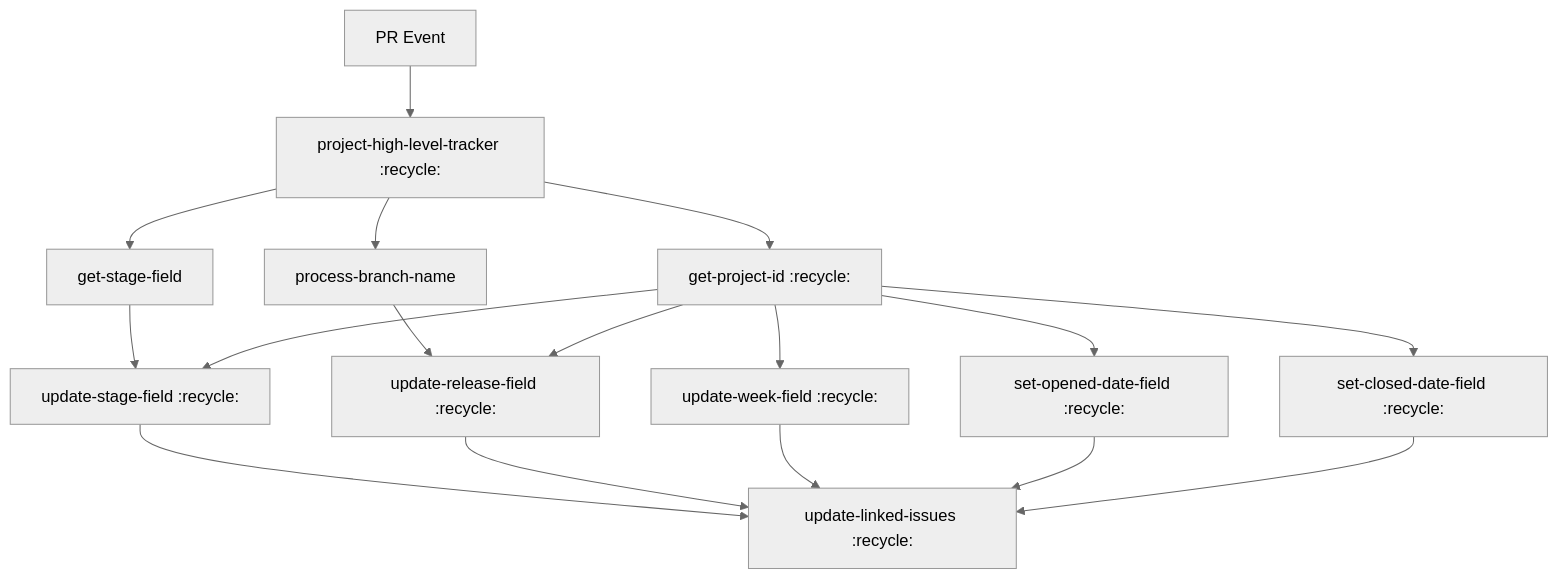
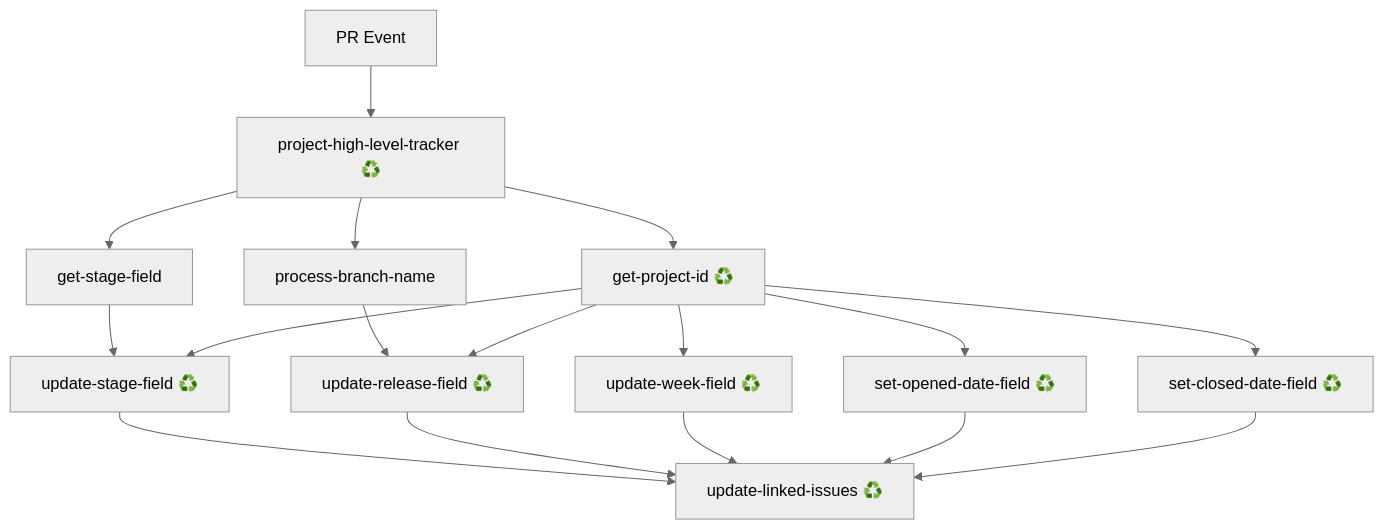
One commit to rapidsai/shared-workflows changed the diagram in docs/project-automation-readme.md. Above: the diagram before and after it, drawn with Mermaid (neutral theme). The commit also changed other lines of this file, not shown here.

Commit message:
Update project automation documentation with improved diagram

````diff
--- a/docs/project-automation-readme.md
+++ b/docs/project-automation-readme.md
@@ -24,19 +24,19 @@
 ```mermaid
-graph TD
-    A[PR Event] --> B[project-high-level-tracker :recycle:]
+flowchart TD
+    A[PR Event] --> B[project-high-level-tracker ♻️]
     B --> C[process-branch-name]
     B --> D[get-stage-field]
-    B --> E[get-project-id :recycle:]
-    D --> F[update-stage-field :recycle:]
-    C --> G[update-release-field :recycle:]
+    B --> E[get-project-id ♻️]
+    D --> F[update-stage-field ♻️]
+    C --> G[update-release-field ♻️]
     E --> G
     E --> F
-    E --> H[update-week-field :recycle:]
-    E --> I[set-opened-date-field :recycle:]
-    E --> J[set-closed-date-field :recycle:]
-    F --> K[update-linked-issues :recycle:]
+    E --> H[update-week-field ♻️]
+    E --> I[set-opened-date-field ♻️]
+    E --> J[set-closed-date-field ♻️]
+    F --> K[update-linked-issues ♻️]
     G --> K
     H --> K
     I --> K
     J --> K
 ```
````
